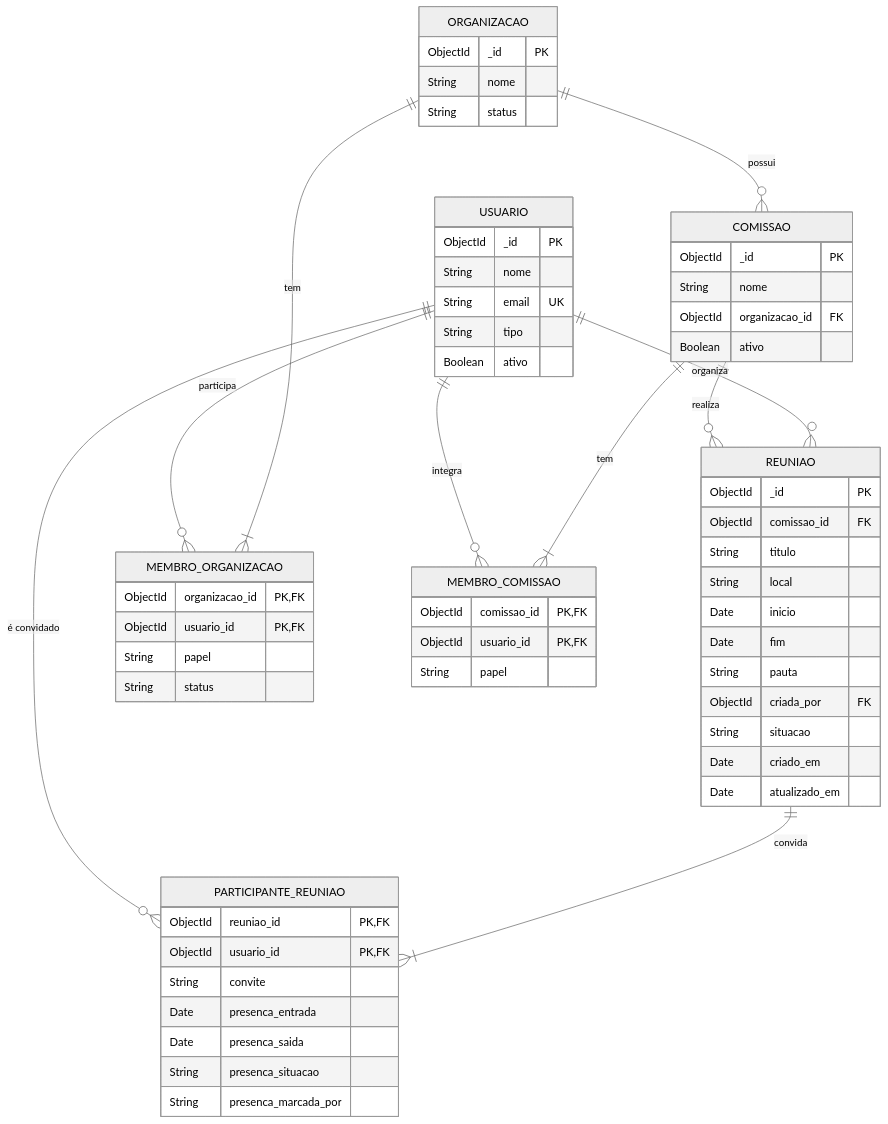
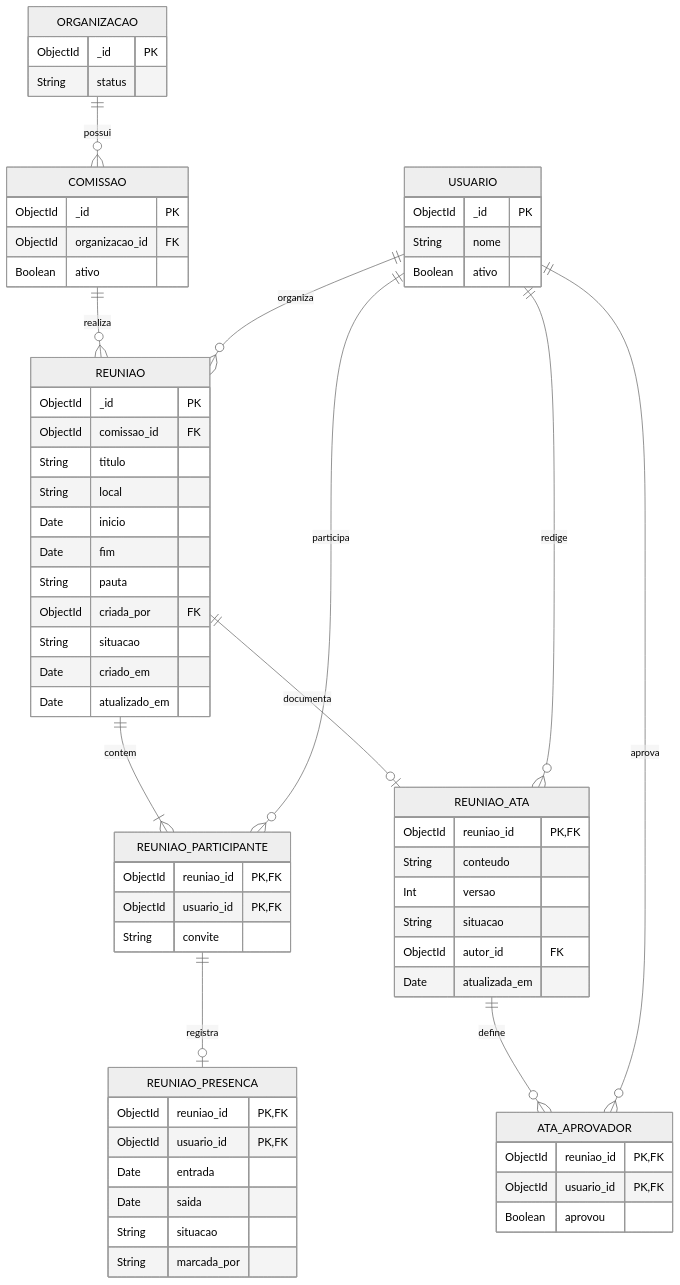
The diagram in 3 - Incremento2/reunioes/4 - diagrama-relacional-reunioes.md (Conecta-IFSP/DOCUMENTATION), drawn with Mermaid (neutral theme) before and after one commit. The commit also changed other lines of this file and 35 other files, not shown here.

````diff
--- a/3 - Incremento2/reunioes/4 - diagrama-relacional-reunioes.md
+++ b/3 - Incremento2/reunioes/4 - diagrama-relacional-reunioes.md
@@ -5,70 +11,67 @@
 ```mermaid
 erDiagram
-    USUARIO ||--o{ REUNIAO : "organiza"
-    COMISSAO ||--o{ REUNIAO : "realiza"
-    ORGANIZACAO ||--o{ COMISSAO : "possui"
-    ORGANIZACAO ||--|{ MEMBRO_ORGANIZACAO : "tem"
-    USUARIO ||--o{ MEMBRO_ORGANIZACAO : "participa"
-    COMISSAO ||--|{ MEMBRO_COMISSAO : "tem"
-    USUARIO ||--o{ MEMBRO_COMISSAO : "integra"
-    REUNIAO ||--|{ PARTICIPANTE_REUNIAO : "convida"
-    USUARIO ||--o{ PARTICIPANTE_REUNIAO : "é convidado"
+    ORGANIZACAO ||--o{ COMISSAO : possui
+    COMISSAO ||--o{ REUNIAO : realiza
+    USUARIO ||--o{ REUNIAO : organiza
+    REUNIAO ||--|{ REUNIAO_PARTICIPANTE : contem
+    USUARIO ||--o{ REUNIAO_PARTICIPANTE : participa
+    REUNIAO_PARTICIPANTE ||--o| REUNIAO_PRESENCA : registra
+    REUNIAO ||--o| REUNIAO_ATA : documenta
+    USUARIO ||--o{ REUNIAO_ATA : redige
+    REUNIAO_ATA ||--o{ ATA_APROVADOR : define
+    USUARIO ||--o{ ATA_APROVADOR : aprova
 
     REUNIAO {
         ObjectId _id PK
         ObjectId comissao_id FK
         String titulo
         String local
         Date inicio
         Date fim
         String pauta
         ObjectId criada_por FK
         String situacao
         Date criado_em
         Date atualizado_em
     }
-
-    PARTICIPANTE_REUNIAO {
+    REUNIAO_PARTICIPANTE {
         ObjectId reuniao_id PK,FK
         ObjectId usuario_id PK,FK
         String convite
-        Date presenca_entrada
-        Date presenca_saida
-        String presenca_situacao
-        String presenca_marcada_por
     }
-
+    REUNIAO_PRESENCA {
+        ObjectId reuniao_id PK,FK
+        ObjectId usuario_id PK,FK
+        Date entrada
+        Date saida
+        String situacao
+        String marcada_por
+    }
+    REUNIAO_ATA {
+        ObjectId reuniao_id PK,FK
+        String conteudo
+        Int versao
+        String situacao
+        ObjectId autor_id FK
+        Date atualizada_em
+    }
+    ATA_APROVADOR {
+        ObjectId reuniao_id PK,FK
+        ObjectId usuario_id PK,FK
+        Boolean aprovou
+    }
     COMISSAO {
         ObjectId _id PK
-        String nome
         ObjectId organizacao_id FK
         Boolean ativo
     }
-
-    MEMBRO_COMISSAO {
-        ObjectId comissao_id PK,FK
-        ObjectId usuario_id PK,FK
-        String papel
-    }
-
     ORGANIZACAO {
         ObjectId _id PK
-        String nome
         String status
     }
-
-    MEMBRO_ORGANIZACAO {
-        ObjectId organizacao_id PK,FK
-        ObjectId usuario_id PK,FK
-        String papel
-        String status
-    }
-
     USUARIO {
         ObjectId _id PK
         String nome
-        String email UK
-        String tipo
         Boolean ativo
     }
 ```
````
